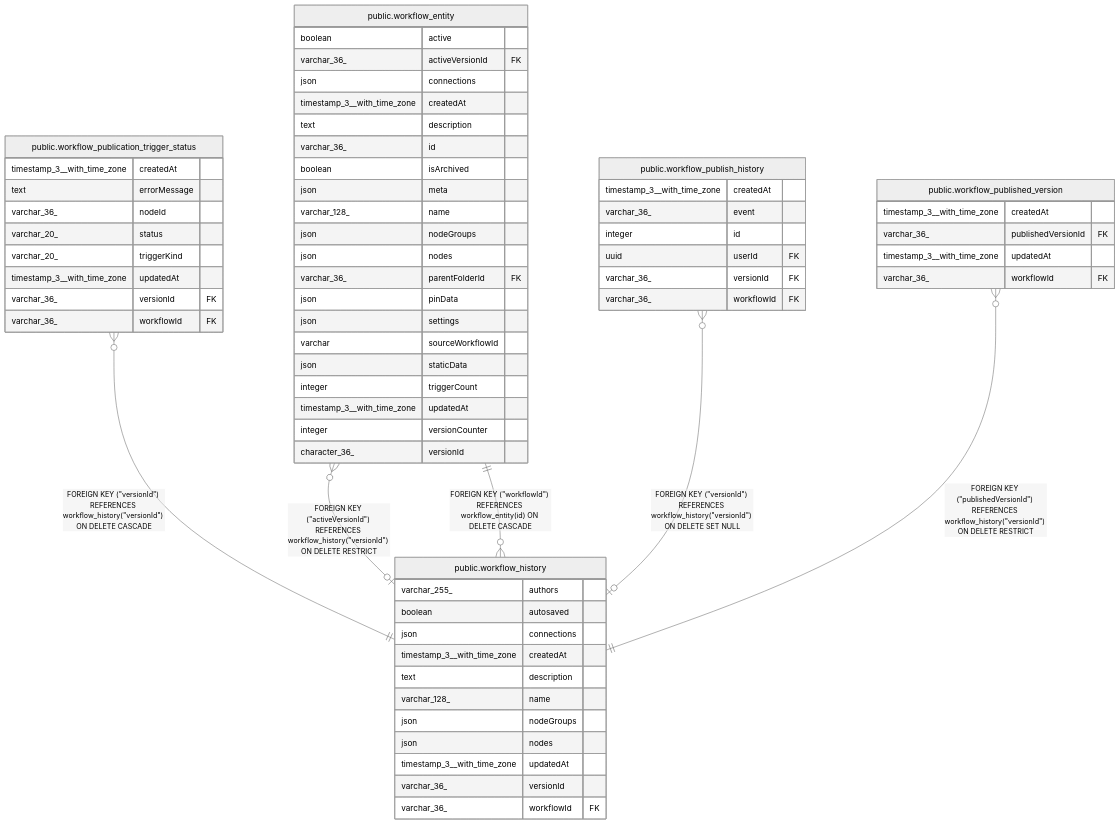
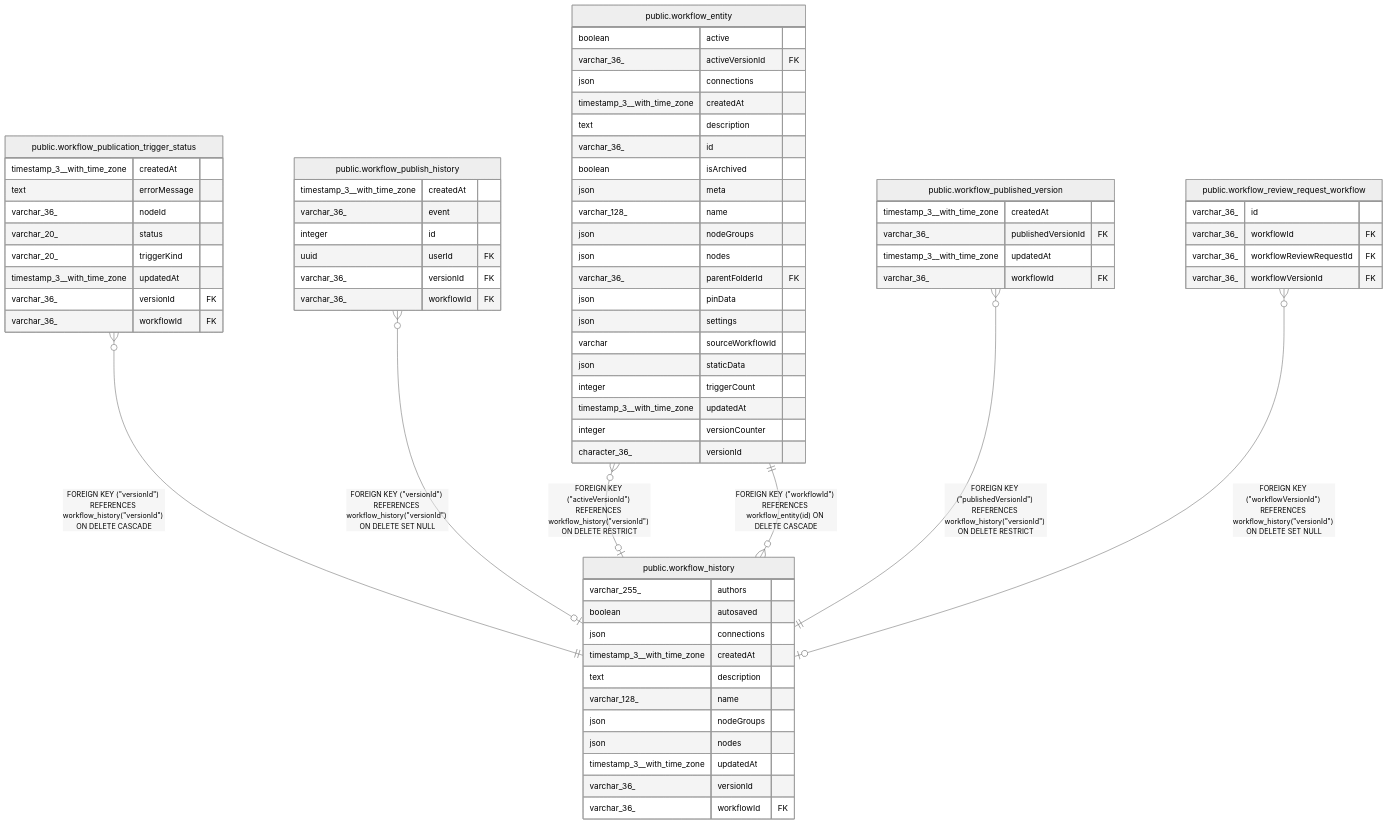
The diagram in docs/generated/postgres-schema/public.workflow_history.md (ggrace519/n8n), drawn with Mermaid (neutral theme) before and after one commit. The commit also changed other lines of this file and 32 other files, not shown here.

Commit message:
feat(core): Add workflow review request entities and migration scripts (#34062)

````diff
--- a/docs/generated/postgres-schema/public.workflow_history.md
+++ b/docs/generated/postgres-schema/public.workflow_history.md
@@ -44,69 +44,76 @@
 ```mermaid
 erDiagram
 
 "public.workflow_entity" }o--o| "public.workflow_history" : "FOREIGN KEY (#quot;activeVersionId#quot;) REFERENCES workflow_history(#quot;versionId#quot;) ON DELETE RESTRICT"
 "public.workflow_publication_trigger_status" }o--|| "public.workflow_history" : "FOREIGN KEY (#quot;versionId#quot;) REFERENCES workflow_history(#quot;versionId#quot;) ON DELETE CASCADE"
 "public.workflow_publish_history" }o--o| "public.workflow_history" : "FOREIGN KEY (#quot;versionId#quot;) REFERENCES workflow_history(#quot;versionId#quot;) ON DELETE SET NULL"
 "public.workflow_published_version" }o--|| "public.workflow_history" : "FOREIGN KEY (#quot;publishedVersionId#quot;) REFERENCES workflow_history(#quot;versionId#quot;) ON DELETE RESTRICT"
+"public.workflow_review_request_workflow" }o--o| "public.workflow_history" : "FOREIGN KEY (#quot;workflowVersionId#quot;) REFERENCES workflow_history(#quot;versionId#quot;) ON DELETE SET NULL"
 "public.workflow_history" }o--|| "public.workflow_entity" : "FOREIGN KEY (#quot;workflowId#quot;) REFERENCES workflow_entity(id) ON DELETE CASCADE"
 
 "public.workflow_history" {
   varchar_255_ authors
   boolean autosaved
   json connections
   timestamp_3__with_time_zone createdAt
   text description
   varchar_128_ name
   json nodeGroups
   json nodes
   timestamp_3__with_time_zone updatedAt
   varchar_36_ versionId
   varchar_36_ workflowId FK
 }
 "public.workflow_entity" {
   boolean active
   varchar_36_ activeVersionId FK
   json connections
   timestamp_3__with_time_zone createdAt
   text description
   varchar_36_ id
   boolean isArchived
   json meta
   varchar_128_ name
   json nodeGroups
   json nodes
   varchar_36_ parentFolderId FK
   json pinData
   json settings
   varchar sourceWorkflowId
   json staticData
   integer triggerCount
   timestamp_3__with_time_zone updatedAt
   integer versionCounter
   character_36_ versionId
 }
 "public.workflow_publication_trigger_status" {
   timestamp_3__with_time_zone createdAt
   text errorMessage
   varchar_36_ nodeId
   varchar_20_ status
   varchar_20_ triggerKind
   timestamp_3__with_time_zone updatedAt
   varchar_36_ versionId FK
   varchar_36_ workflowId FK
 }
 "public.workflow_publish_history" {
   timestamp_3__with_time_zone createdAt
   varchar_36_ event
   integer id
   uuid userId FK
   varchar_36_ versionId FK
   varchar_36_ workflowId FK
 }
 "public.workflow_published_version" {
   timestamp_3__with_time_zone createdAt
   varchar_36_ publishedVersionId FK
   timestamp_3__with_time_zone updatedAt
   varchar_36_ workflowId FK
 }
+"public.workflow_review_request_workflow" {
+  varchar_36_ id
+  varchar_36_ workflowId FK
+  varchar_36_ workflowReviewRequestId FK
+  varchar_36_ workflowVersionId FK
+}
 ```
````
